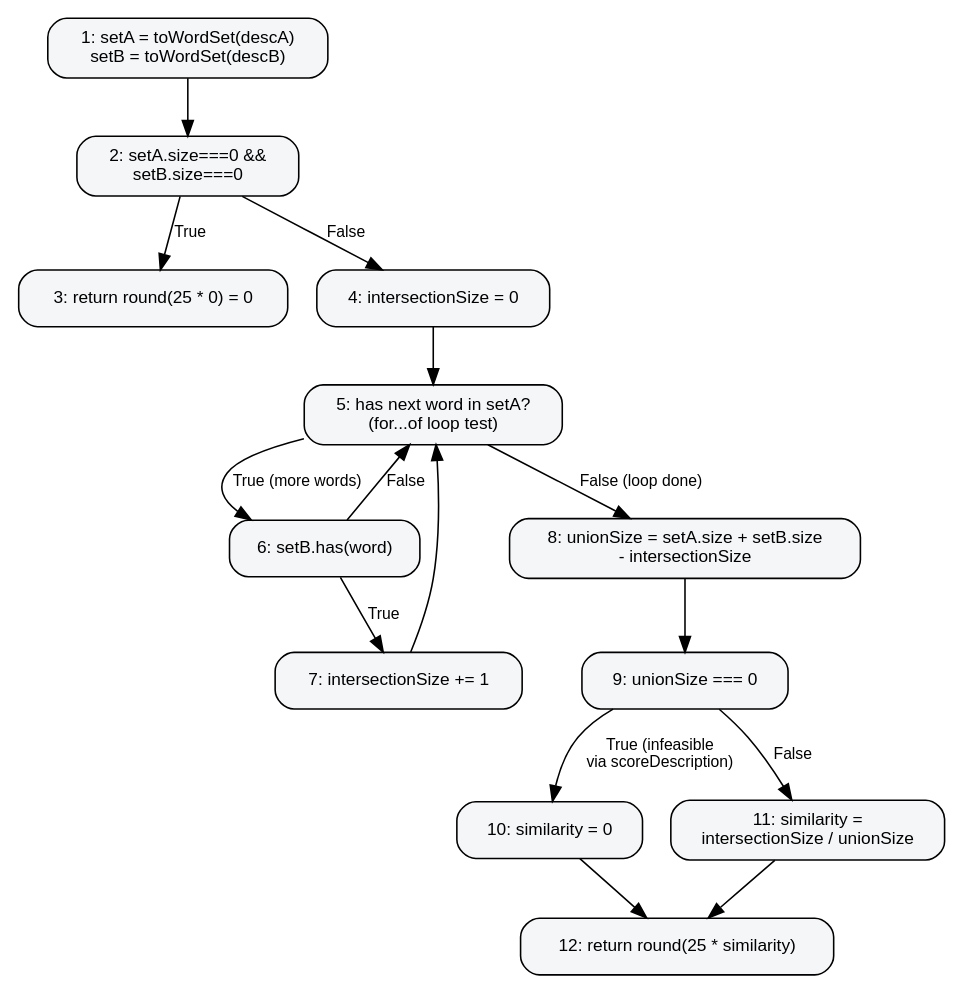
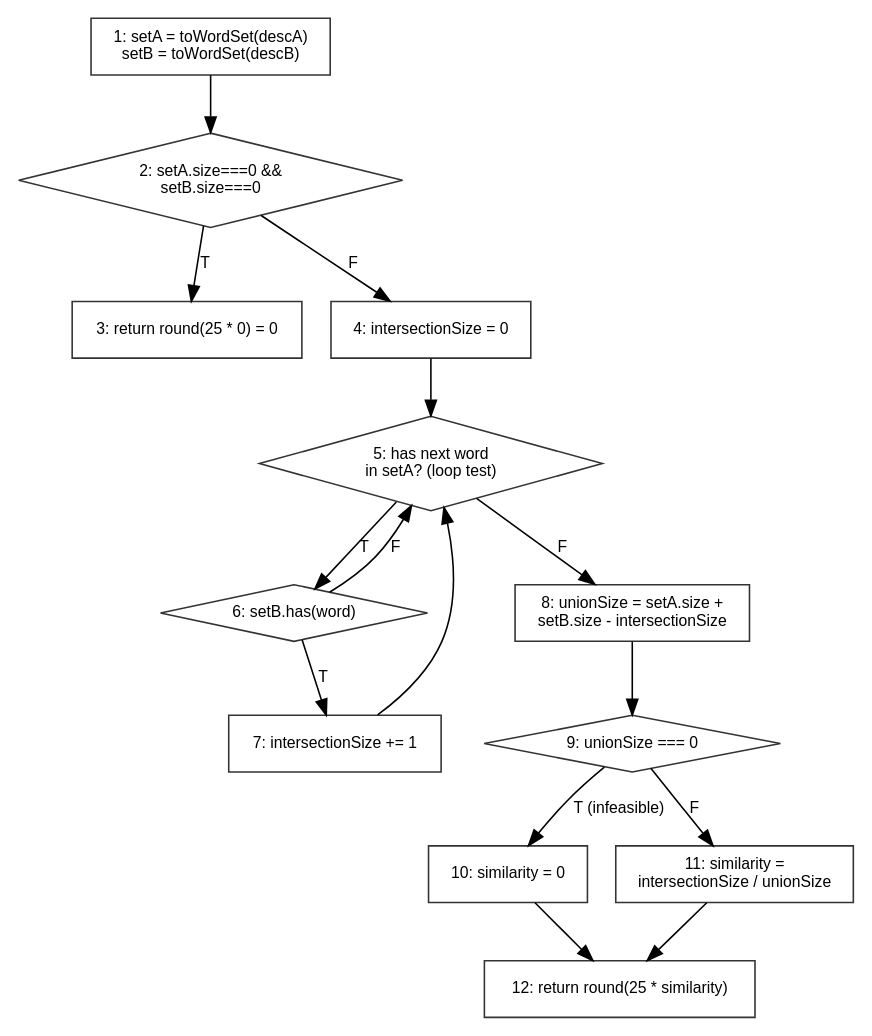
Before and after one commit to Meili1407/Software-Testing-LostFound: the diagram in report-assets/cfg/scoreDescription.dot, drawn with Graphviz. The commit also changed 28 other files, not shown here.

```diff
--- a/report-assets/cfg/scoreDescription.dot
+++ b/report-assets/cfg/scoreDescription.dot
@@ -1,33 +1,33 @@
 digraph scoreDescription {
   rankdir=TB;
-  node [shape=box, style="rounded,filled", fillcolor="#f5f6f8", fontname="Helvetica", fontsize=11, margin="0.15,0.1"];
+  node [shape=box, fontname="Helvetica", fontsize=10, color="#333333"];
   edge [fontname="Helvetica", fontsize=10];
 
   N1 [label="1: setA = toWordSet(descA)\nsetB = toWordSet(descB)"];
-  N2 [label="2: setA.size===0 &&\nsetB.size===0"];
+  N2 [shape=diamond, label="2: setA.size===0 &&\nsetB.size===0"];
   N3 [label="3: return round(25 * 0) = 0"];
   N4 [label="4: intersectionSize = 0"];
-  N5 [label="5: has next word in setA?\n(for...of loop test)"];
-  N6 [label="6: setB.has(word)"];
+  N5 [shape=diamond, label="5: has next word\nin setA? (loop test)"];
+  N6 [shape=diamond, label="6: setB.has(word)"];
   N7 [label="7: intersectionSize += 1"];
-  N8 [label="8: unionSize = setA.size + setB.size\n- intersectionSize"];
-  N9 [label="9: unionSize === 0"];
+  N8 [label="8: unionSize = setA.size +\nsetB.size - intersectionSize"];
+  N9 [shape=diamond, label="9: unionSize === 0"];
   N10 [label="10: similarity = 0"];
   N11 [label="11: similarity =\nintersectionSize / unionSize"];
   N12 [label="12: return round(25 * similarity)"];
 
   N1 -> N2;
-  N2 -> N3 [label="True"];
-  N2 -> N4 [label="False"];
+  N2 -> N3 [label="T"];
+  N2 -> N4 [label="F"];
   N4 -> N5;
-  N5 -> N6 [label="True (more words)"];
-  N6 -> N7 [label="True"];
-  N6 -> N5 [label="False"];
+  N5 -> N6 [label="T"];
+  N6 -> N7 [label="T"];
+  N6 -> N5 [label="F"];
   N7 -> N5;
-  N5 -> N8 [label="False (loop done)"];
+  N5 -> N8 [label="F"];
   N8 -> N9;
-  N9 -> N10 [label="True (infeasible\nvia scoreDescription)"];
-  N9 -> N11 [label="False"];
+  N9 -> N10 [label="T (infeasible)"];
+  N9 -> N11 [label="F"];
   N10 -> N12;
   N11 -> N12;
 }
```
